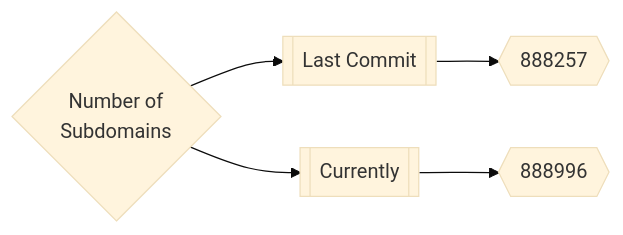
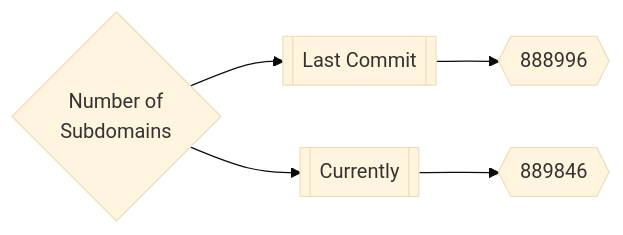
Before and after one commit to trickest/inventory: the first of 3 diagrams in README.md, drawn with Mermaid (base theme). The commit also changed other lines of this file, not shown here.

Commit message:
Update README.md Sat Jun 18 20:43:34 UTC 2022

````diff
--- a/README.md
+++ b/README.md
@@ -165,5 +165,5 @@
 ```mermaid
 graph LR
-title{Number of<br>Subdomains} --> subdomainsDate1[[Last Commit]] --> subdomainsNum1{{888257}}
-title --> subdomainsDate2[[Currently]] --> subdomainsNum2{{888996}}
+title{Number of<br>Subdomains} --> subdomainsDate1[[Last Commit]] --> subdomainsNum1{{888996}}
+title --> subdomainsDate2[[Currently]] --> subdomainsNum2{{889846}}
 ```
````
